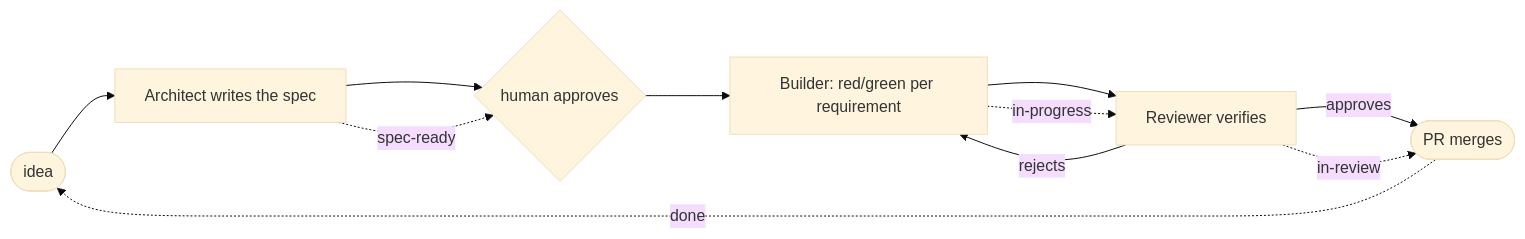
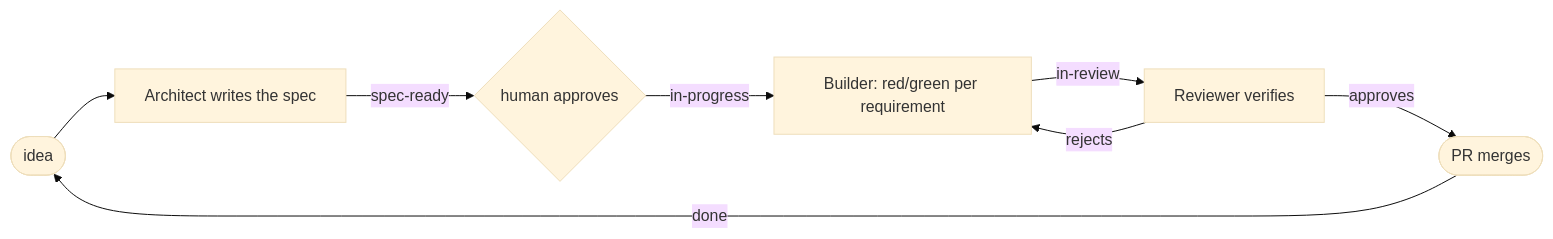
Before and after one commit to araozmd/harness-sdd: the second of 2 diagrams in specs/epics/E39-docs-for-humans/F01-docs-split-and-readme/E39-F01.plan.md, drawn with Mermaid (base theme). The commit also changed other lines of this file and 2 other files, not shown here.

Commit message:
📝 spec(E39-F01): amend R2/R3/R11, D5/D6, C7 and mermaid text for the polish pass

````diff
--- a/specs/epics/E39-docs-for-humans/F01-docs-split-and-readme/E39-F01.plan.md
+++ b/specs/epics/E39-docs-for-humans/F01-docs-split-and-readme/E39-F01.plan.md
@@ -330,13 +334,10 @@
 ```mermaid
 flowchart LR
     idea([idea]) --> spec[Architect writes the spec]
-    spec --> gate1{human approves}
-    gate1 --> build[Builder: red/green per requirement]
-    build --> review[Reviewer verifies]
+    spec -->|spec-ready| gate1{human approves}
+    gate1 -->|in-progress| build[Builder: red/green per requirement]
+    build -->|in-review| review[Reviewer verifies]
     review -->|rejects| build
     review -->|approves| merge([PR merges])
-    spec -. spec-ready .-> gate1
-    build -. in-progress .-> review
-    review -. in-review .-> merge
-    merge -. done .-> idea
+    merge -->|done| idea
 ```
````
